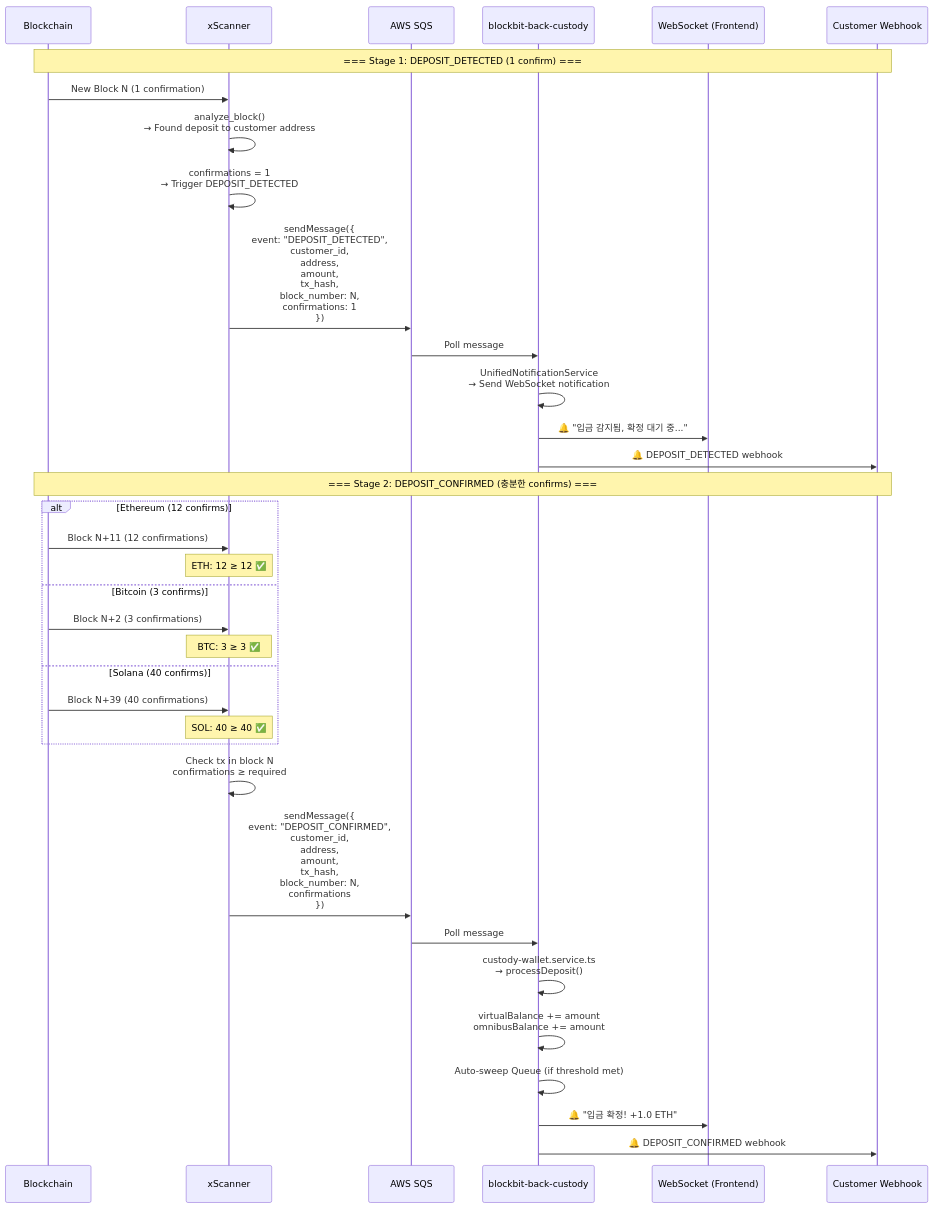
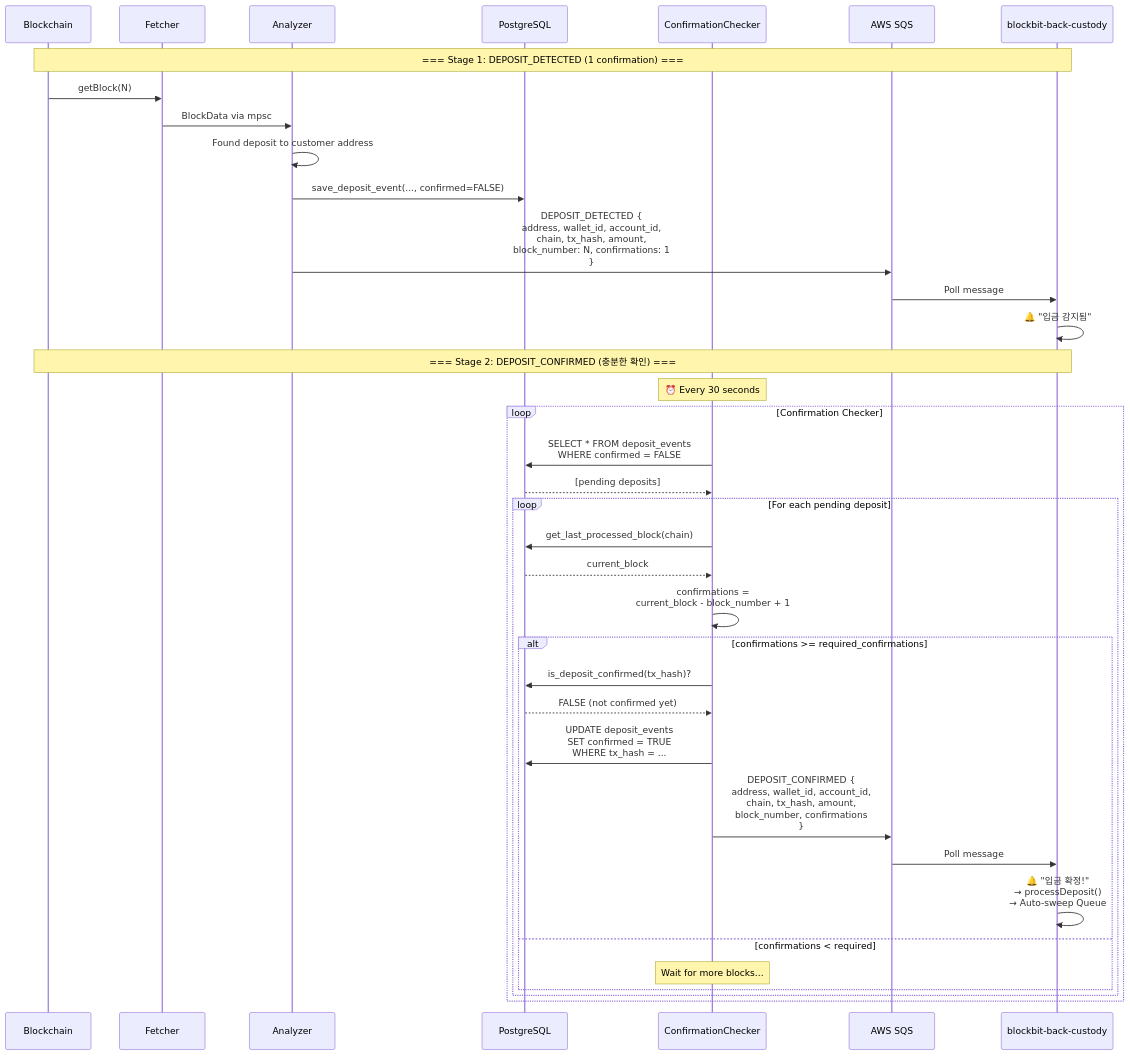
Before and after one commit to blockbit-hama/xScanner: the second of 2 diagrams in docs/ARCHITECTURE.md, drawn with Mermaid. The commit also changed other lines of this file and 31 other files, not shown here.

````diff
--- a/docs/ARCHITECTURE.md
+++ b/docs/ARCHITECTURE.md
@@ -287,47 +319,51 @@
 ```mermaid
 sequenceDiagram
     participant Chain as Blockchain
-    participant Scanner as xScanner
+    participant Fetcher as Fetcher
+    participant Analyzer as Analyzer
+    participant DB as PostgreSQL
+    participant Checker as ConfirmationChecker
     participant SQS as AWS SQS
     participant Backend as blockbit-back-custody
-    participant WS as WebSocket (Frontend)
-    participant Webhook as Customer Webhook
 
-    Note over Chain,Webhook: === Stage 1: DEPOSIT_DETECTED (1 confirm) ===
+    Note over Chain,Backend: === Stage 1: DEPOSIT_DETECTED (1 confirmation) ===
 
-    Chain->>Scanner: New Block N (1 confirmation)
-    Scanner->>Scanner: analyze_block()<br/>→ Found deposit to customer address
+    Chain->>Fetcher: getBlock(N)
+    Fetcher->>Analyzer: BlockData via mpsc
+    Analyzer->>Analyzer: Found deposit to customer address
 
-    Scanner->>Scanner: confirmations = 1<br/>→ Trigger DEPOSIT_DETECTED
-
-    Scanner->>SQS: sendMessage({<br/>  event: "DEPOSIT_DETECTED",<br/>  customer_id,<br/>  address,<br/>  amount,<br/>  tx_hash,<br/>  block_number: N,<br/>  confirmations: 1<br/>})
+    Analyzer->>DB: save_deposit_event(..., confirmed=FALSE)
+    Analyzer->>SQS: DEPOSIT_DETECTED {<br/>  address, wallet_id, account_id,<br/>  chain, tx_hash, amount,<br/>  block_number: N, confirmations: 1<br/>}
 
     SQS->>Backend: Poll message
-    Backend->>Backend: UnifiedNotificationService<br/>→ Send WebSocket notification
-    Backend->>WS: 🔔 "입금 감지됨, 확정 대기 중..."
-    Backend->>Webhook: 🔔 DEPOSIT_DETECTED webhook
+    Backend->>Backend: 🔔 "입금 감지됨"
 
-    Note over Chain,Webhook: === Stage 2: DEPOSIT_CONFIRMED (충분한 confirms) ===
+    Note over Chain,Backend: === Stage 2: DEPOSIT_CONFIRMED (충분한 확인) ===
+    Note over Checker: ⏰ Every 30 seconds
 
-    alt Ethereum (12 confirms)
-        Chain->>Scanner: Block N+11 (12 confirmations)
-        Note over Scanner: ETH: 12 ≥ 12 ✅
-    else Bitcoin (3 confirms)
-        Chain->>Scanner: Block N+2 (3 confirmations)
-        Note over Scanner: BTC: 3 ≥ 3 ✅
-    else Solana (40 confirms)
-        Chain->>Scanner: Block N+39 (40 confirmations)
-        Note over Scanner: SOL: 40 ≥ 40 ✅
+    loop Confirmation Checker
+        Checker->>DB: SELECT * FROM deposit_events<br/>WHERE confirmed = FALSE
+        DB-->>Checker: [pending deposits]
+
+        loop For each pending deposit
+            Checker->>DB: get_last_processed_block(chain)
+            DB-->>Checker: current_block
+
+            Checker->>Checker: confirmations = <br/>current_block - block_number + 1
+
+            alt confirmations >= required_confirmations
+                Checker->>DB: is_deposit_confirmed(tx_hash)?
+                DB-->>Checker: FALSE (not confirmed yet)
+
+                Checker->>DB: UPDATE deposit_events<br/>SET confirmed = TRUE<br/>WHERE tx_hash = ...
+
+                Checker->>SQS: DEPOSIT_CONFIRMED {<br/>  address, wallet_id, account_id,<br/>  chain, tx_hash, amount,<br/>  block_number, confirmations<br/>}
+
+                SQS->>Backend: Poll message
+                Backend->>Backend: 🔔 "입금 확정!"<br/>→ processDeposit()<br/>→ Auto-sweep Queue
+            else confirmations < required
+                Note over Checker: Wait for more blocks...
+            end
+        end
     end
-
-    Scanner->>Scanner: Check tx in block N<br/>confirmations ≥ required
-
-    Scanner->>SQS: sendMessage({<br/>  event: "DEPOSIT_CONFIRMED",<br/>  customer_id,<br/>  address,<br/>  amount,<br/>  tx_hash,<br/>  block_number: N,<br/>  confirmations<br/>})
-
-    SQS->>Backend: Poll message
-    Backend->>Backend: custody-wallet.service.ts<br/>→ processDeposit()
-    Backend->>Backend: virtualBalance += amount<br/>omnibusBalance += amount
-    Backend->>Backend: Auto-sweep Queue (if threshold met)
-    Backend->>WS: 🔔 "입금 확정! +1.0 ETH"
-    Backend->>Webhook: 🔔 DEPOSIT_CONFIRMED webhook
 ```
````
